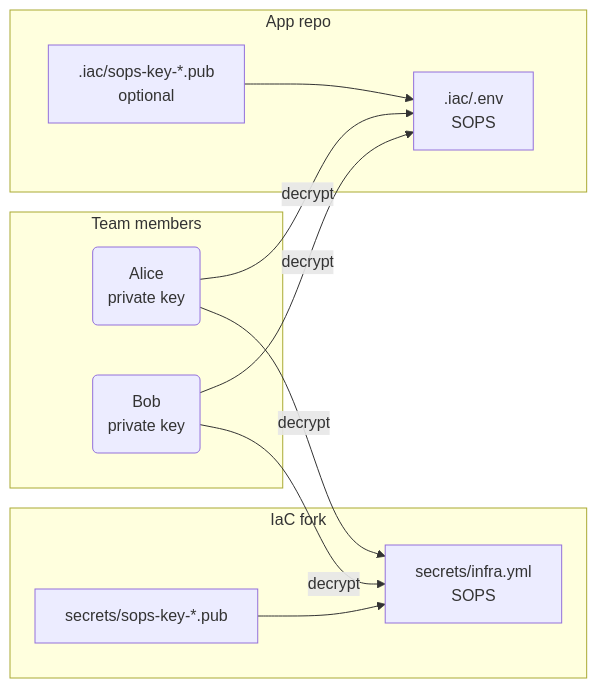
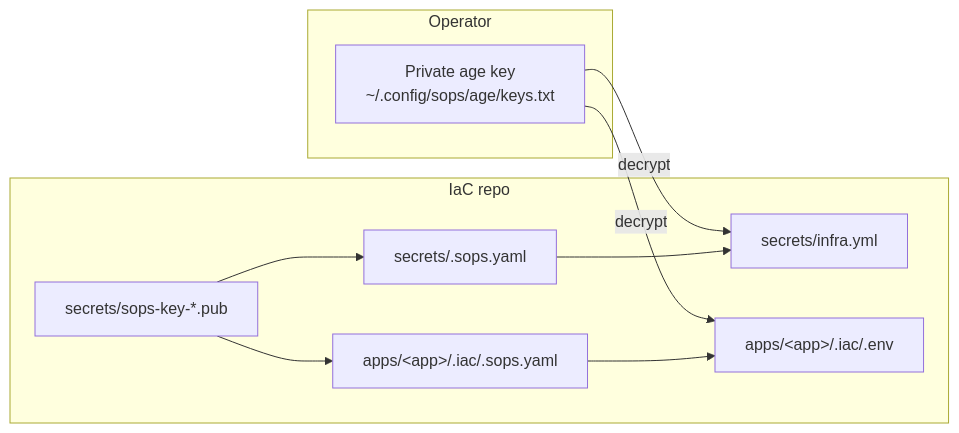
Before and after one commit to rednaw/iac: the diagram in docs/secrets.md, drawn with Mermaid. The commit also changed other lines of this file and 17 other files, not shown here.

````diff
--- a/docs/secrets.md
+++ b/docs/secrets.md
@@ -12,21 +14,19 @@
 ```mermaid
 flowchart LR
-    subgraph TEAM["Team members"]
-        T1(Alice<br/>private key)
-        T2(Bob<br/>private key)
+    subgraph OP["Operator"]
+        PRIV["Private age key<br/>~/.config/sops/age/keys.txt"]
     end
-    subgraph FORK["IaC fork"]
-        INFRA["secrets/infra.yml<br/>SOPS"]
-        SPUB["secrets/sops-key-*.pub"]
+    subgraph REPO["IaC repo"]
+        PUBS["secrets/sops-key-*.pub"]
+        RULE1["secrets/.sops.yaml"]
+        RULE2["apps/&lt;app&gt;/.iac/.sops.yaml"]
+        INFRA["secrets/infra.yml"]
+        ENV["apps/&lt;app&gt;/.iac/.env"]
     end
-    subgraph APP["App repo"]
-        ENV[".iac/.env<br/>SOPS"]
-        APUB[".iac/sops-key-*.pub<br/>optional"]
-    end
-    T1 -->|decrypt| INFRA
-    T2 -->|decrypt| INFRA
-    T1 -->|decrypt| ENV
-    T2 -->|decrypt| ENV
-    SPUB --> INFRA
-    APUB --> ENV
+    PRIV -->|decrypt| INFRA
+    PRIV -->|decrypt| ENV
+    PUBS --> RULE1
+    PUBS --> RULE2
+    RULE1 --> INFRA
+    RULE2 --> ENV
 ```
````
